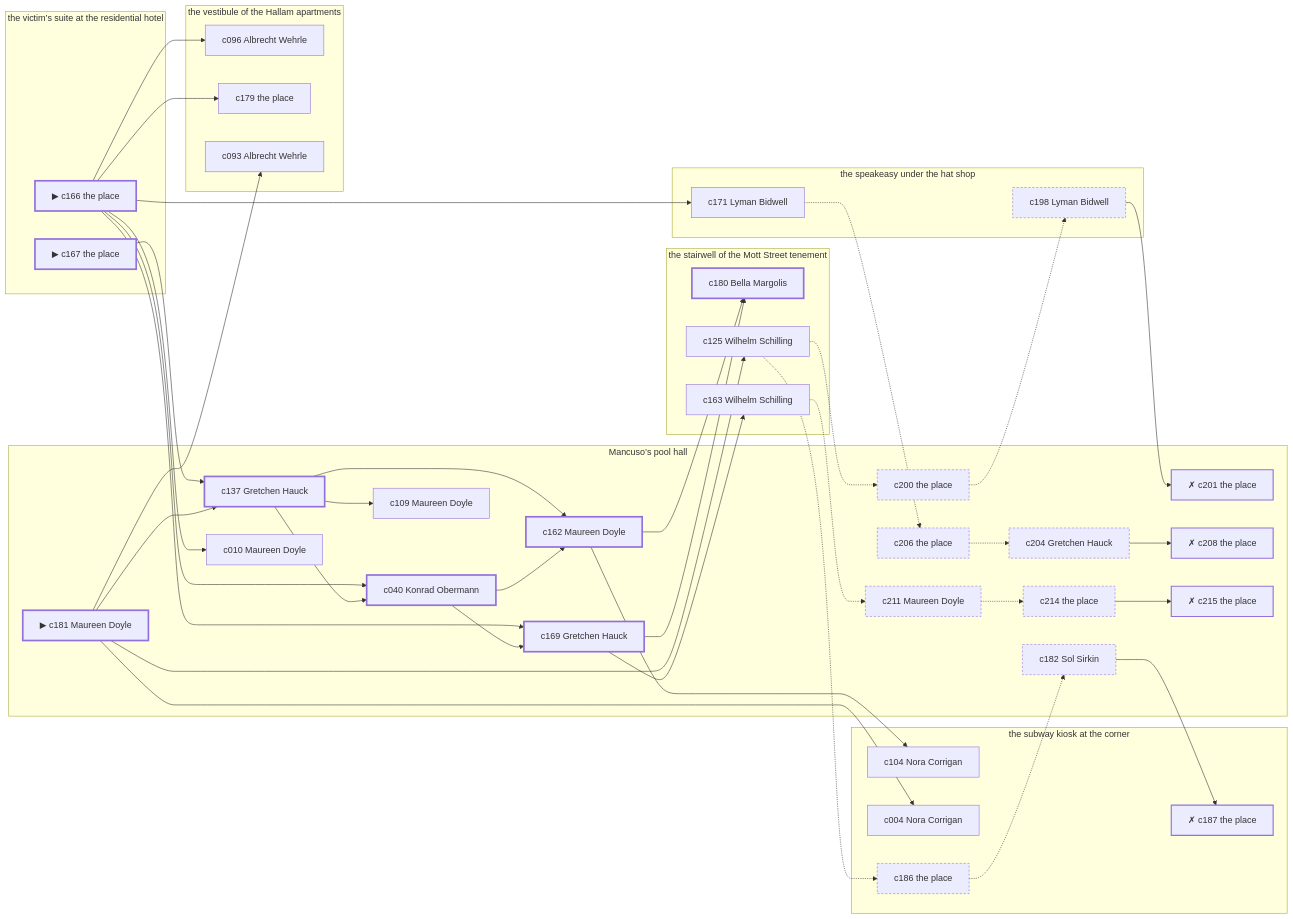
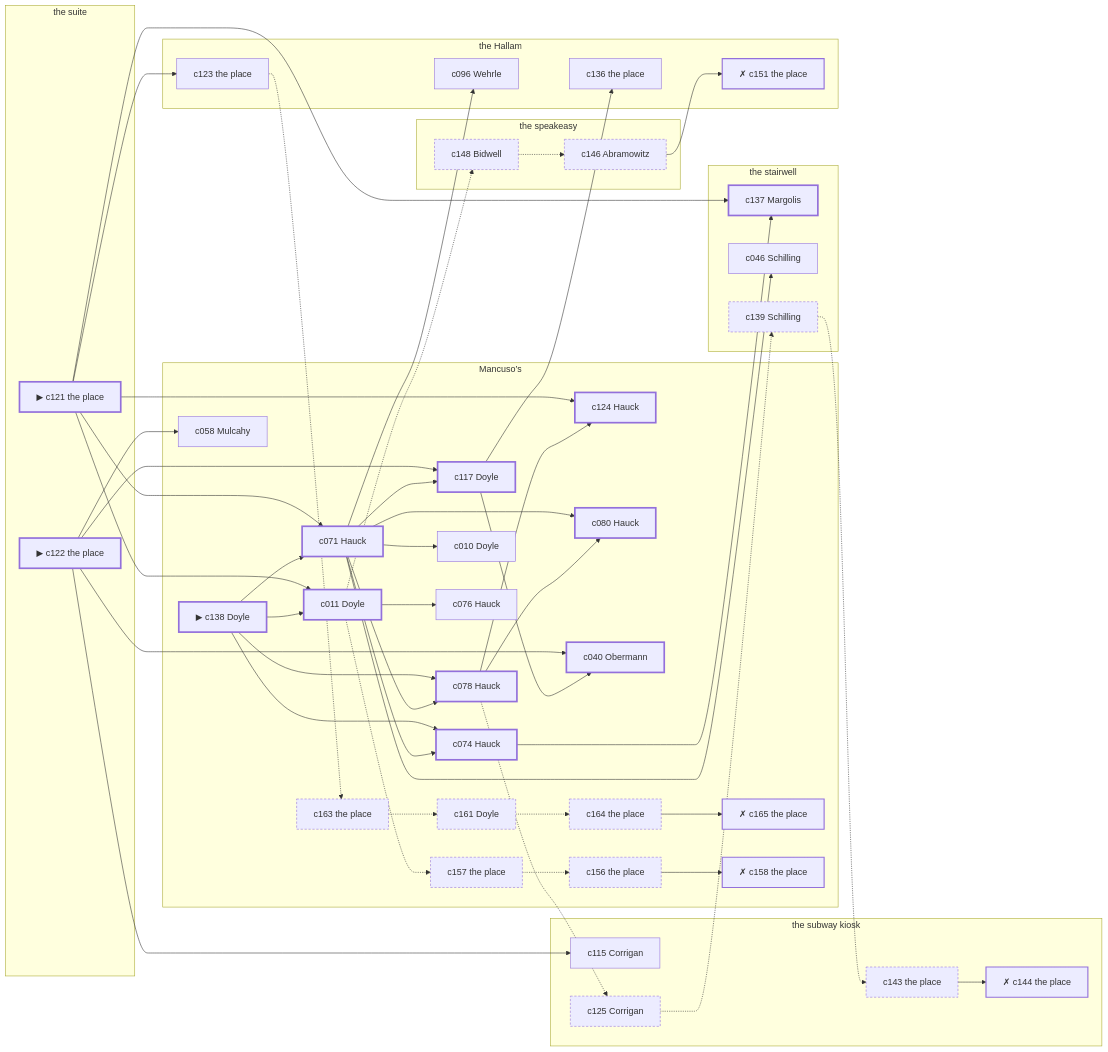
The diagram in docs/samples/case-17.md (lyamshin/dashiell), drawn with Mermaid before and after one commit. The commit also changed other lines of this file and 60 other files, not shown here.

````diff
--- a/docs/samples/case-17.md
+++ b/docs/samples/case-17.md
@@ -306,85 +318,97 @@
 ```mermaid
 graph LR
-  subgraph P1["the victim’s suite at the residential hotel"]
-    c166["▶ c166 the place"]
-    c167["▶ c167 the place"]
+  subgraph P1["the suite"]
+    c121["▶ c121 the place"]
+    c122["▶ c122 the place"]
   end
-  subgraph P2["the speakeasy under the hat shop"]
-    c171["c171 Lyman Bidwell"]
-    c198["c198 Lyman Bidwell"]
+  subgraph P2["the speakeasy"]
+    c148["c148 Bidwell"]
+    c146["c146 Abramowitz"]
   end
-  subgraph P3["Mancuso’s pool hall"]
-    c181["▶ c181 Maureen Doyle"]
-    c137["c137 Gretchen Hauck"]
-    c040["c040 Konrad Obermann"]
-    c162["c162 Maureen Doyle"]
-    c169["c169 Gretchen Hauck"]
-    c010["c010 Maureen Doyle"]
-    c109["c109 Maureen Doyle"]
-    c200["c200 the place"]
-    c201["✗ c201 the place"]
-    c206["c206 the place"]
-    c204["c204 Gretchen Hauck"]
-    c208["✗ c208 the place"]
-    c211["c211 Maureen Doyle"]
-    c214["c214 the place"]
-    c215["✗ c215 the place"]
-    c182["c182 Sol Sirkin"]
+  subgraph P3["Mancuso’s"]
+    c138["▶ c138 Doyle"]
+    c071["c071 Hauck"]
+    c117["c117 Doyle"]
+    c078["c078 Hauck"]
+    c011["c011 Doyle"]
+    c074["c074 Hauck"]
+    c124["c124 Hauck"]
+    c080["c080 Hauck"]
+    c040["c040 Obermann"]
+    c058["c058 Mulcahy"]
+    c010["c010 Doyle"]
+    c076["c076 Hauck"]
+    c163["c163 the place"]
+    c161["c161 Doyle"]
+    c164["c164 the place"]
+    c165["✗ c165 the place"]
+    c157["c157 the place"]
+    c156["c156 the place"]
+    c158["✗ c158 the place"]
   end
-  subgraph P4["the subway kiosk at the corner"]
-    c104["c104 Nora Corrigan"]
-    c004["c004 Nora Corrigan"]
-    c186["c186 the place"]
-    c187["✗ c187 the place"]
+  subgraph P4["the subway kiosk"]
+    c115["c115 Corrigan"]
+    c125["c125 Corrigan"]
+    c143["c143 the place"]
+    c144["✗ c144 the place"]
   end
-  subgraph P5["the stairwell of the Mott Street tenement"]
-    c180["c180 Bella Margolis"]
-    c125["c125 Wilhelm Schilling"]
-    c163["c163 Wilhelm Schilling"]
+  subgraph P5["the stairwell"]
+    c137["c137 Margolis"]
+    c046["c046 Schilling"]
+    c139["c139 Schilling"]
   end
-  subgraph P6["the vestibule of the Hallam apartments"]
-    c096["c096 Albrecht Wehrle"]
-    c179["c179 the place"]
-    c093["c093 Albrecht Wehrle"]
+  subgraph P6["the Hallam"]
+    c136["c136 the place"]
+    c096["c096 Wehrle"]
+    c123["c123 the place"]
+    c151["✗ c151 the place"]
   end
-  c166 --> c040
-  c166 --> c169
-  c166 --> c171
-  c166 --> c096
-  c166 --> c179
-  c166 --> c010
-  c167 --> c137
-  c181 --> c137
-  c181 --> c125
-  c181 --> c004
-  c181 --> c093
-  c137 --> c040
-  c137 --> c162
-  c137 --> c109
-  c040 --> c162
-  c040 --> c169
-  c162 --> c180
-  c162 --> c104
-  c169 --> c180
-  c169 --> c163
-  c171 -.-> c206
-  c125 -.-> c200
-  c125 -.-> c186
-  c163 -.-> c211
-  c200 -.-> c198
-  c198 --> c201
-  c206 -.-> c204
-  c204 --> c208
-  c211 -.-> c214
-  c214 --> c215
-  c186 -.-> c182
-  c182 --> c187
+  c121 --> c071
+  c121 --> c011
+  c121 --> c124
+  c121 --> c137
+  c121 --> c123
+  c122 --> c117
+  c122 --> c040
+  c122 --> c115
+  c122 --> c058
+  c138 --> c071
+  c138 --> c078
+  c138 --> c011
+  c138 --> c074
+  c071 --> c117
+  c071 --> c078
+  c071 --> c074
+  c071 --> c080
+  c071 --> c096
+  c071 --> c010
+  c071 --> c046
+  c117 --> c040
+  c117 --> c136
+  c078 --> c124
+  c078 --> c080
+  c078 -.-> c125
+  c011 --> c076
+  c011 -.-> c148
+  c011 -.-> c157
+  c074 --> c137
+  c123 -.-> c163
+  c125 -.-> c139
+  c139 -.-> c143
+  c143 --> c144
+  c163 -.-> c161
+  c161 -.-> c164
+  c164 --> c165
+  c148 -.-> c146
+  c146 --> c151
+  c157 -.-> c156
+  c156 --> c158
   classDef spine stroke-width:3px;
   classDef corrob stroke-width:1px;
   classDef noise stroke-dasharray: 4 3;
   classDef disq stroke-width:2px,stroke-dasharray: 1 0;
-  class c166,c167,c181,c137,c040,c162,c169,c180 spine;
-  class c104,c171,c096,c125,c163,c179,c010,c004,c109,c093 corrob;
-  class c200,c198,c206,c204,c211,c214,c186,c182 noise;
-  class c201,c208,c215,c187 disq;
+  class c121,c122,c138,c071,c117,c078,c011,c074,c124,c080,c040,c137 spine;
+  class c136,c115,c096,c123,c058,c010,c046,c076 corrob;
+  class c125,c139,c143,c163,c161,c164,c148,c146,c157,c156 noise;
+  class c144,c165,c151,c158 disq;
 ```
````
